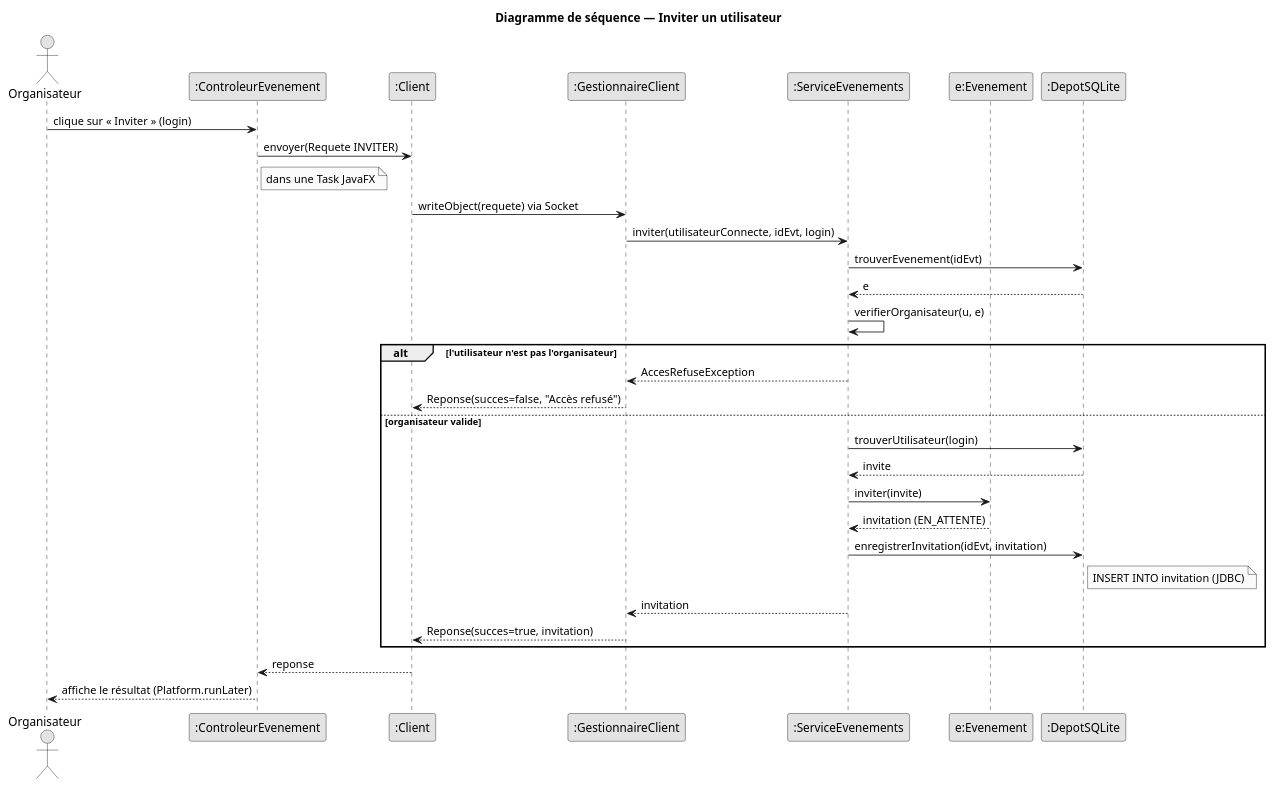
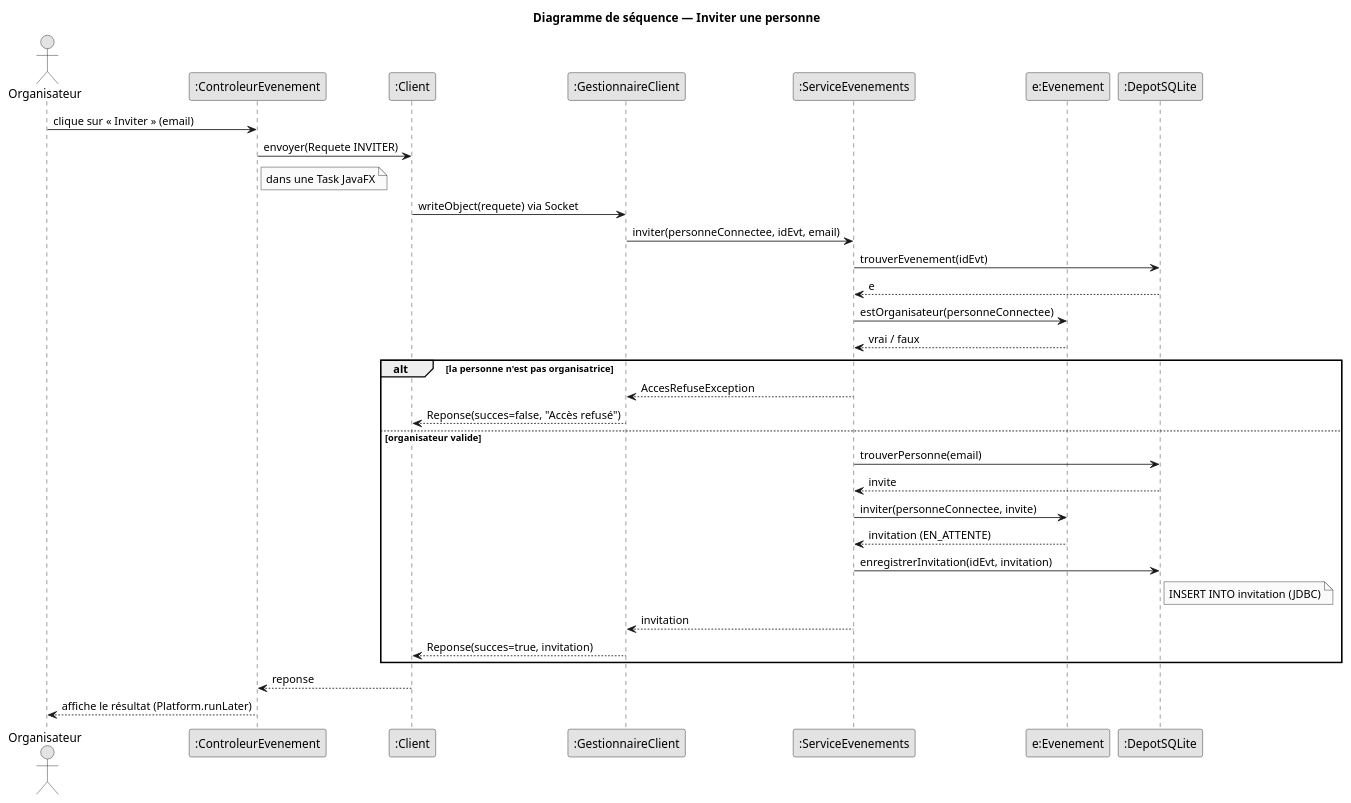
One commit to Tactiis239/gestion-event changed the diagram in doc/uml/sequence-invitation.puml. Above: the diagram before and after it, drawn with PlantUML. The commit also changed 7 other files, not shown here.

First line of the commit message:
Cahier des charges aligné sur le diagramme de classes

```diff
--- a/doc/uml/sequence-invitation.puml
+++ b/doc/uml/sequence-invitation.puml
@@ -1,39 +1,40 @@
 @startuml sequence-invitation
 skinparam shadowing false
 skinparam monochrome true
 skinparam defaultFontName Helvetica
 
-title Diagramme de séquence — Inviter un utilisateur
+title Diagramme de séquence — Inviter une personne
 
 actor Organisateur
 participant ":ControleurEvenement" as IHM
 participant ":Client" as C
 participant ":GestionnaireClient" as GC
 participant ":ServiceEvenements" as S
 participant "e:Evenement" as E
 participant ":DepotSQLite" as D
 
-Organisateur -> IHM : clique sur « Inviter » (login)
+Organisateur -> IHM : clique sur « Inviter » (email)
 IHM -> C : envoyer(Requete INVITER)
 note right of IHM : dans une Task JavaFX
 C -> GC : writeObject(requete) via Socket
-GC -> S : inviter(utilisateurConnecte, idEvt, login)
+GC -> S : inviter(personneConnectee, idEvt, email)
 S -> D : trouverEvenement(idEvt)
 D --> S : e
-S -> S : verifierOrganisateur(u, e)
-alt l'utilisateur n'est pas l'organisateur
+S -> E : estOrganisateur(personneConnectee)
+E --> S : vrai / faux
+alt la personne n'est pas organisatrice
   S --> GC : AccesRefuseException
   GC --> C : Reponse(succes=false, "Accès refusé")
 else organisateur valide
-  S -> D : trouverUtilisateur(login)
+  S -> D : trouverPersonne(email)
   D --> S : invite
-  S -> E : inviter(invite)
+  S -> E : inviter(personneConnectee, invite)
   E --> S : invitation (EN_ATTENTE)
   S -> D : enregistrerInvitation(idEvt, invitation)
   note right of D : INSERT INTO invitation (JDBC)
   S --> GC : invitation
   GC --> C : Reponse(succes=true, invitation)
 end
 C --> IHM : reponse
 IHM --> Organisateur : affiche le résultat (Platform.runLater)
 @enduml
```
